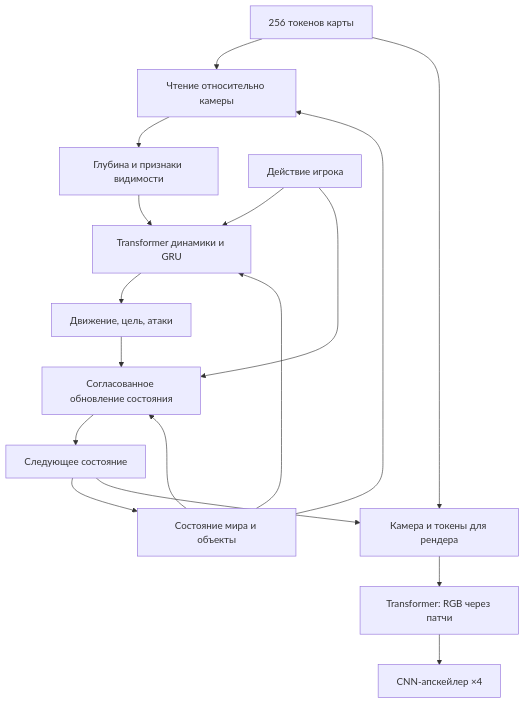
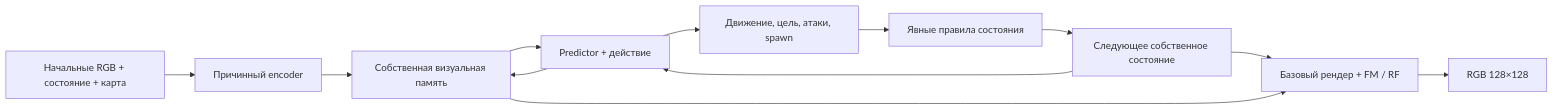
The diagram in README_RU.md (collateraris/TurkeyWorld), drawn with Mermaid before and after one commit. The commit also changed other lines of this file and 87 other files, not shown here.

````diff
--- a/README_RU.md
+++ b/README_RU.md
@@ -17,19 +100,14 @@
 ```mermaid
-flowchart TD
-    M["256 токенов карты"] --> C["Чтение относительно камеры"]
-    S["Состояние мира и объекты"] --> C
-    C --> V["Глубина и признаки видимости"]
-    V --> D["Transformer динамики и GRU"]
-    S --> D
-    A["Действие игрока"] --> D
-    D --> P["Движение, цель, атаки"]
-    P --> B["Согласованное обновление состояния"]
-    A --> B
-    S --> B
-    B --> N["Следующее состояние"]
-    N --> S
-    N --> R["Камера и токены для рендера"]
+flowchart LR
+    I["Начальные RGB + состояние + карта"] --> E["Причинный encoder"]
+    E --> M["Собственная визуальная память"]
+    M --> P["Predictor + действие"]
+    P --> H["Движение, цель, атаки, spawn"]
+    H --> S["Явные правила состояния"]
+    S --> N["Следующее собственное состояние"]
+    N --> P
+    P --> M
+    N --> R["Базовый рендер + FM / RF"]
     M --> R
-    R --> I["Transformer: RGB через патчи"]
-    I --> U["CNN-апскейлер ×4"]
+    R --> RGB["RGB 128×128"]
 ```
````
